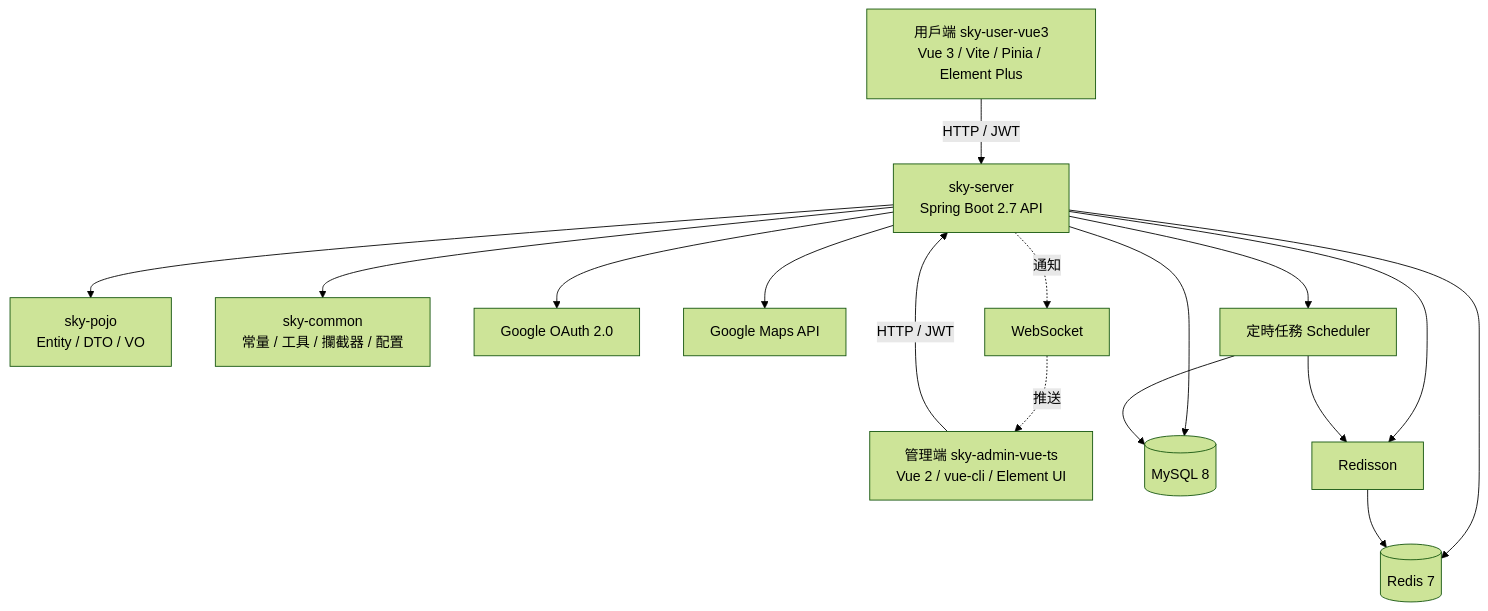
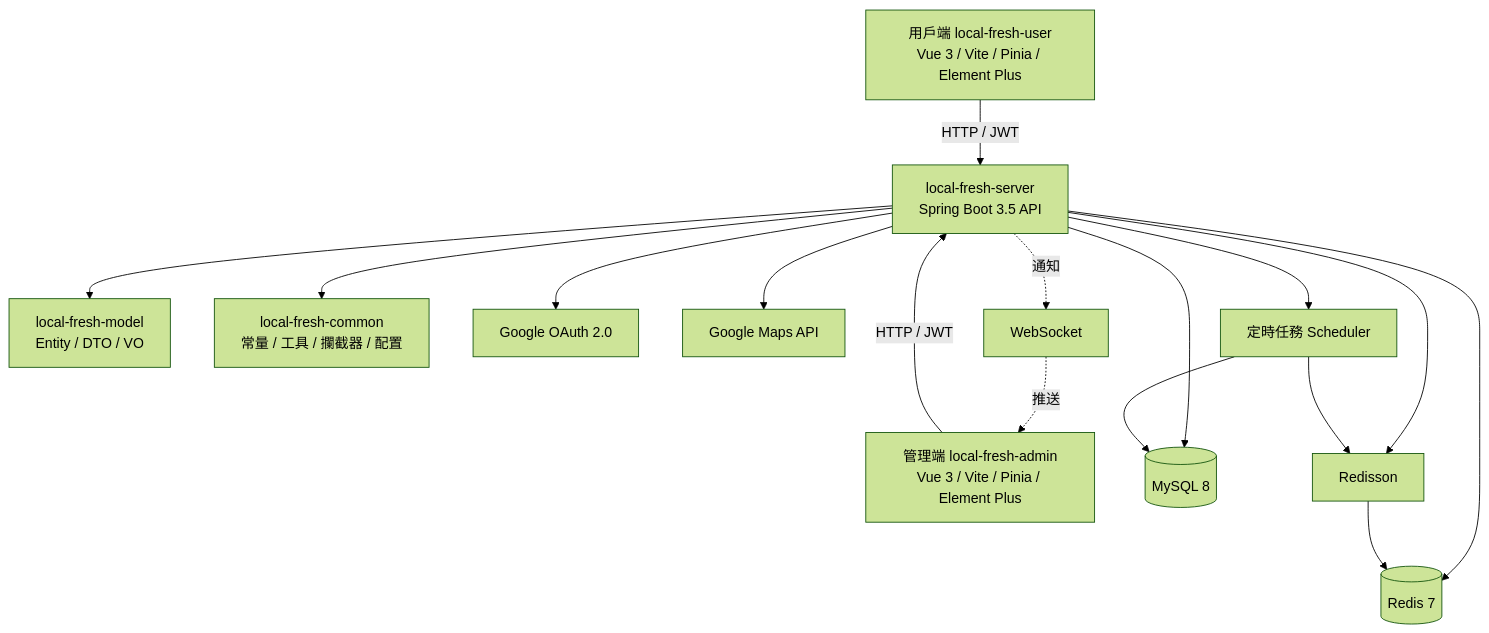
One commit to kevinlin000/local-fresh-platform changed the first of 10 diagrams in docs/architecture.md. Above: the diagram before and after it, drawn with Mermaid (forest theme). The commit also changed other lines of this file and 857 other files, not shown here.

````diff
--- a/docs/architecture.md
+++ b/docs/architecture.md
@@ -17,34 +17,34 @@
 ```mermaid
 graph TD
-    U[用戶端 sky-user-vue3<br/>Vue 3 / Vite / Pinia / Element Plus]
-    A[管理端 sky-admin-vue-ts<br/>Vue 2 / vue-cli / Element UI]
-    API[sky-server<br/>Spring Boot 2.7 API]
-    POJO[sky-pojo<br/>Entity / DTO / VO]
-    COMMON[sky-common<br/>常量 / 工具 / 攔截器 / 配置]
+    U[用戶端 local-fresh-user<br/>Vue 3 / Vite / Pinia / Element Plus]
+    A[管理端 local-fresh-admin<br/>Vue 3 / Vite / Pinia / Element Plus]
+    API[local-fresh-server<br/>Spring Boot 3.5 API]
+    POJO[local-fresh-model<br/>Entity / DTO / VO]
+    COMMON[local-fresh-common<br/>常量 / 工具 / 攔截器 / 配置]
     MYSQL[(MySQL 8)]
     REDIS[(Redis 7)]
     REDISSON[Redisson]
     OAUTH[Google OAuth 2.0]
     MAPS[Google Maps API]
     WS[WebSocket]
     SCHED[定時任務 Scheduler]
 
     U -->|HTTP / JWT| API
     A -->|HTTP / JWT| API
 
     API --> POJO
     API --> COMMON
 
     API --> MYSQL
     API --> REDIS
     API --> REDISSON
     API --> OAUTH
     API --> MAPS
     API --> SCHED
 
     REDISSON --> REDIS
     SCHED --> MYSQL
     SCHED --> REDISSON
     API -.通知.-> WS
     WS -.推送.-> A
 ```
````
